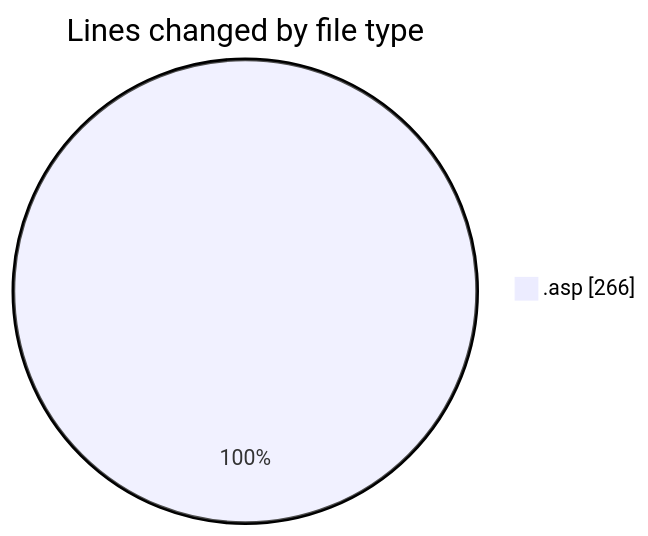
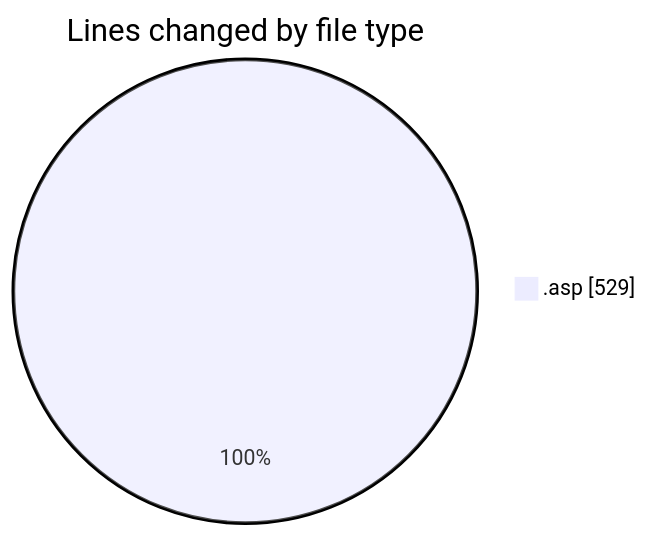
Before and after one commit to julien-gomy/code-tracking: the first of 2 diagrams in 2025-11-03/cdp_aleoudev_fr__workspace_/README.md, drawn with Mermaid. The commit also changed other lines of this file and 1 other file, not shown here.

````diff
--- a/2025-11-03/cdp_aleoudev_fr__workspace_/README.md
+++ b/2025-11-03/cdp_aleoudev_fr__workspace_/README.md
@@ -20,5 +20,5 @@
 ```mermaid
 pie showData
 title Lines changed by file type
-".asp" : 266
+".asp" : 529
 ```
````
